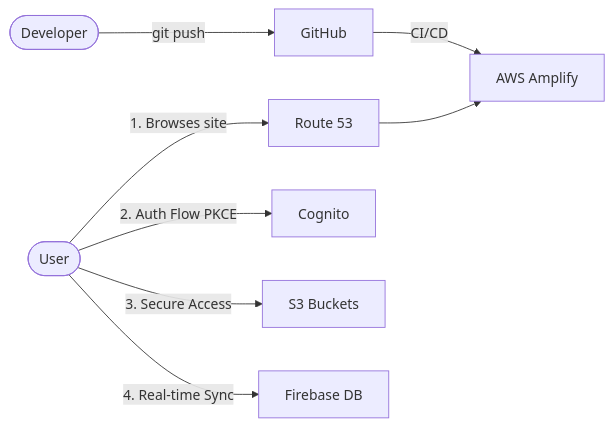
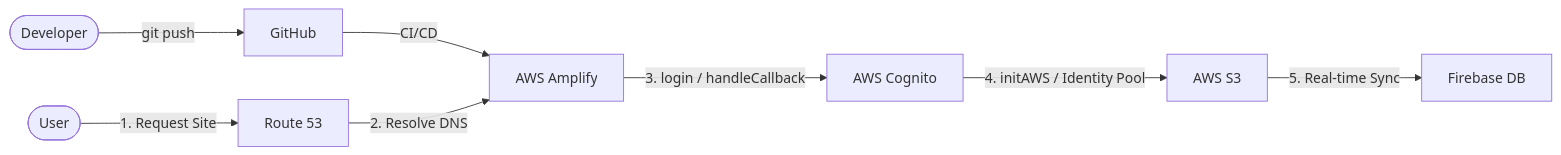
The diagram in README.md (YonatanUka/aws-serveless), drawn with Mermaid before and after one commit. The commit also changed other lines of this file, not shown here.

````diff
--- a/README.md
+++ b/README.md
@@ -42,15 +42,13 @@
 ```mermaid
 graph LR
-    %% Flusso di Sviluppo
+    %% 1. Flusso di Sviluppo (CI/CD)
     Dev([ Developer]) -->|git push| GitHub[ GitHub]
     GitHub -->|CI/CD| Amplify[ AWS Amplify]
 
-    %% Flusso Utente
-    User([ User]) -->|1. Browses site| Route53[ Route 53]
-    Route53 --> Amplify
-    
-    %% Flusso Sicurezza e Dati
-    User -->|2. Auth Flow PKCE| Cognito[ Cognito]
-    User -->|3. Secure Access| S3[ S3 Buckets]
-    User -->|4. Real-time Sync| Firebase[ Firebase DB]
+    %% 2. Flusso Utente Sequenziale (Sequenza di Rete e Codice)
+    User([ User]) -->|1. Request Site| Route53[ Route 53]
+    Route53 -->|2. Resolve DNS| Amplify
+    Amplify -->|3. login / handleCallback| Cognito[ AWS Cognito]
+    Cognito -->|4. initAWS / Identity Pool| S3[ AWS S3]
+    S3 -->|5. Real-time Sync| Firebase[ Firebase DB]
 ```
````
